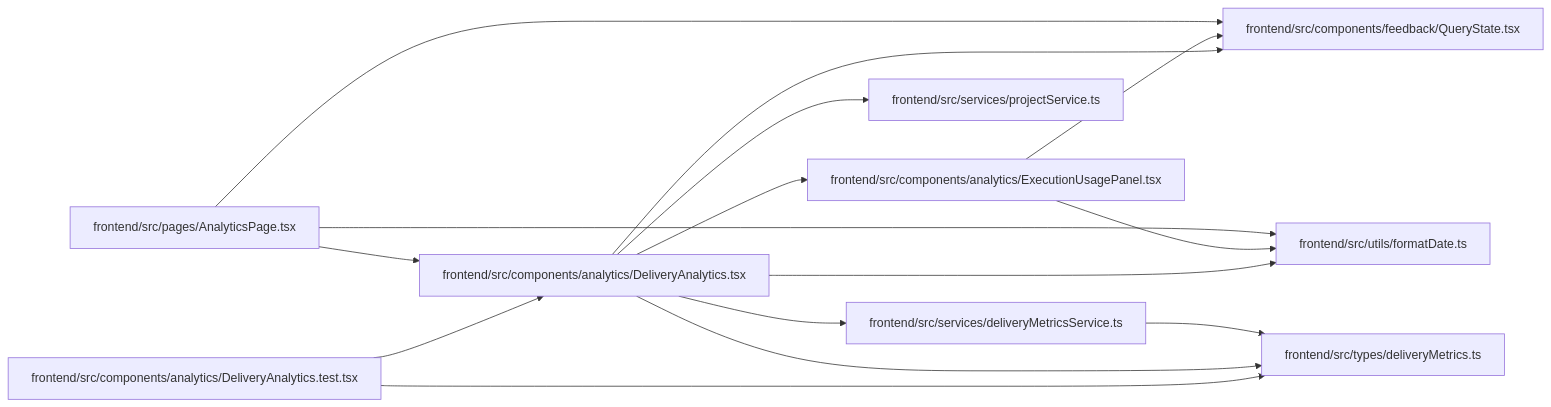
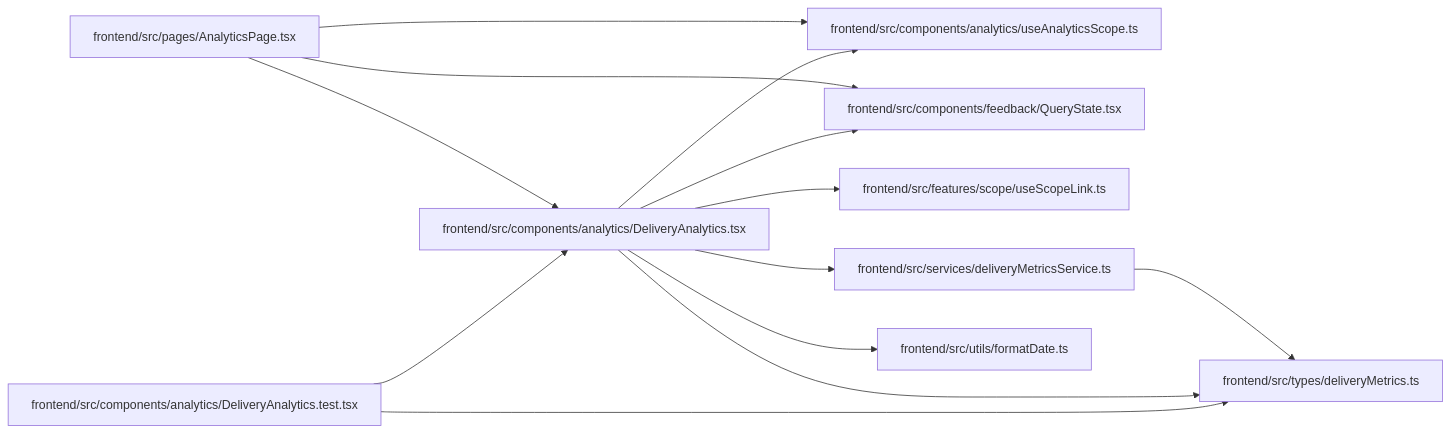
One commit to Denissvgn/WorkChord changed the diagram in docs/llm_wiki/modules/DeliveryAnalytics.md. Above: the diagram before and after it, drawn with Mermaid. The commit also changed other lines of this file and 2373 other files, not shown here.

````diff
--- a/docs/llm_wiki/modules/DeliveryAnalytics.md
+++ b/docs/llm_wiki/modules/DeliveryAnalytics.md
@@ -37,35 +36,33 @@
 ```mermaid
 flowchart LR
     n0["frontend/src/components/analytics/DeliveryAnalytics.test.tsx"]
     n1["frontend/src/components/analytics/DeliveryAnalytics.tsx"]
-    n2["frontend/src/components/analytics/ExecutionUsagePanel.tsx"]
+    n2["frontend/src/components/analytics/useAnalyticsScope.ts"]
     n3["frontend/src/components/feedback/QueryState.tsx"]
-    n4["frontend/src/pages/AnalyticsPage.tsx"]
-    n5["frontend/src/services/deliveryMetricsService.ts"]
-    n6["frontend/src/services/projectService.ts"]
+    n4["frontend/src/features/scope/useScopeLink.ts"]
+    n5["frontend/src/pages/AnalyticsPage.tsx"]
+    n6["frontend/src/services/deliveryMetricsService.ts"]
     n7["frontend/src/types/deliveryMetrics.ts"]
     n8["frontend/src/utils/formatDate.ts"]
     n0 --> n1
     n0 --> n7
     n1 --> n2
     n1 --> n3
-    n1 --> n5
+    n1 --> n4
     n1 --> n6
     n1 --> n7
     n1 --> n8
-    n2 --> n3
-    n2 --> n8
-    n4 --> n1
-    n4 --> n3
-    n4 --> n8
-    n5 --> n7
+    n5 --> n1
+    n5 --> n2
+    n5 --> n3
+    n6 --> n7
     click n0 "../modules/DeliveryAnalytics.test.md"
     click n1 "../modules/DeliveryAnalytics.md"
-    click n2 "../modules/ExecutionUsagePanel.md"
+    click n2 "../modules/useAnalyticsScope.md"
     click n3 "../modules/QueryState.md"
-    click n4 "../modules/AnalyticsPage.md"
-    click n5 "../modules/deliveryMetricsService.md"
-    click n6 "../modules/projectService.md"
+    click n4 "../modules/useScopeLink.md"
+    click n5 "../modules/AnalyticsPage.md"
+    click n6 "../modules/deliveryMetricsService.md"
     click n7 "../modules/deliveryMetrics.md"
     click n8 "../modules/formatDate.md"
 ```
````
